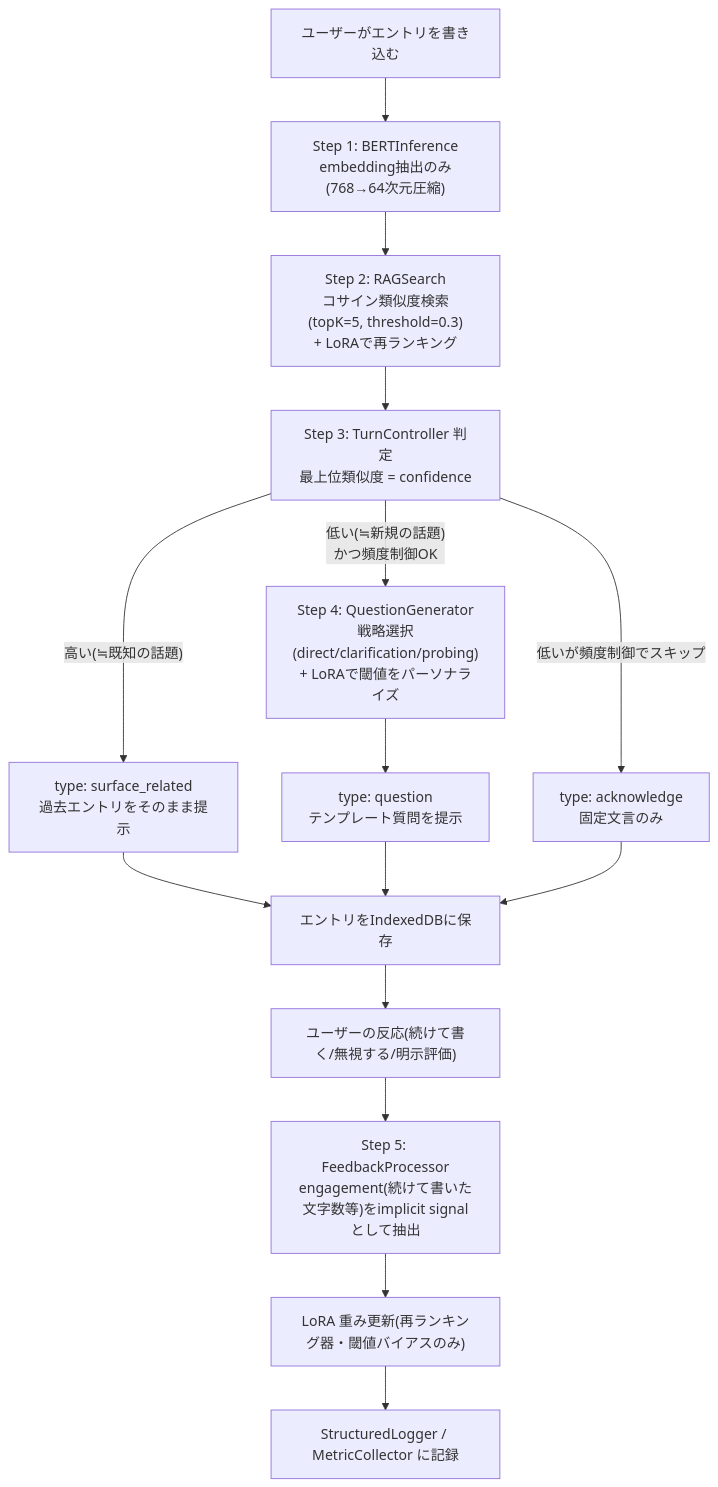
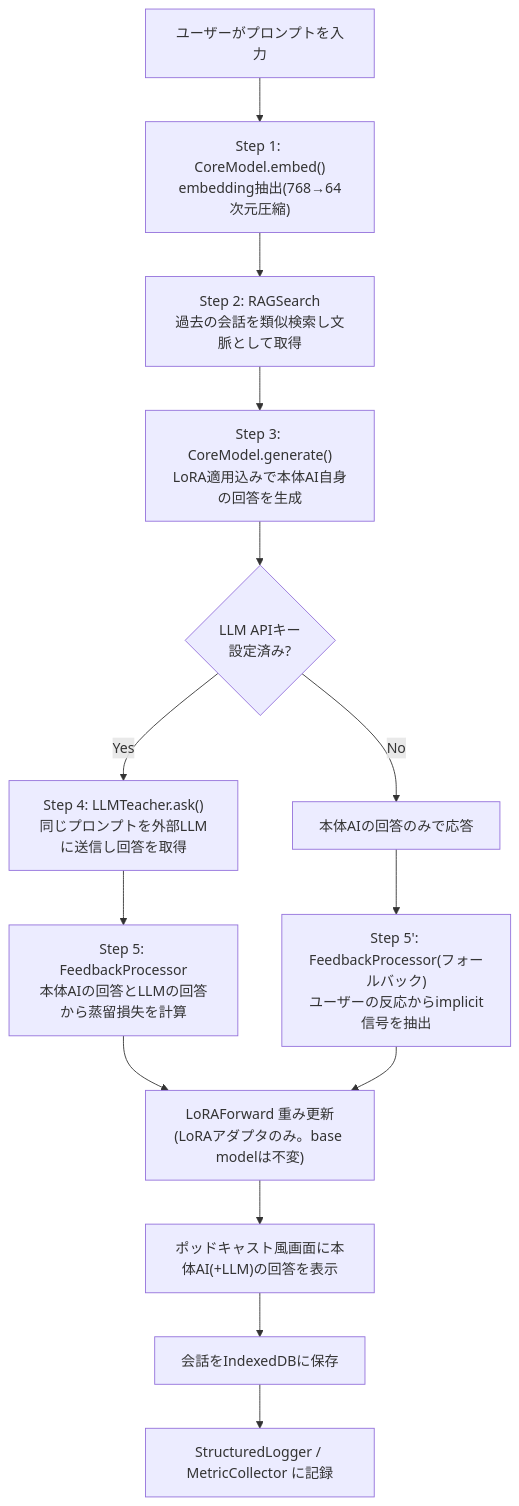
Before and after one commit to seisei001/test001: the diagram in docs/apps/smart-box/DESIGN.md, drawn with Mermaid. The commit also changed other lines of this file, not shown here.

````diff
--- a/docs/apps/smart-box/DESIGN.md
+++ b/docs/apps/smart-box/DESIGN.md
@@ -99,17 +92,16 @@
 ```mermaid
 flowchart TD
-    A[ユーザーがエントリを書き込む] --> B["Step 1: BERTInference<br/>embedding抽出のみ(768→64次元圧縮)"]
-    B --> C["Step 2: RAGSearch<br/>コサイン類似度検索(topK=5, threshold=0.3)<br/>+ LoRAで再ランキング"]
-    C --> D["Step 3: TurnController 判定<br/>最上位類似度 = confidence"]
-    D -- "高い(≒既知の話題)" --> E["type: surface_related<br/>過去エントリをそのまま提示"]
-    D -- "低い(≒新規の話題)<br/>かつ頻度制御OK" --> F["Step 4: QuestionGenerator<br/>戦略選択(direct/clarification/probing)<br/>+ LoRAで閾値をパーソナライズ"]
-    D -- "低いが頻度制御でスキップ" --> G["type: acknowledge<br/>固定文言のみ"]
-    F --> H["type: question<br/>テンプレート質問を提示"]
-    E --> I[エントリをIndexedDBに保存]
-    H --> I
-    G --> I
-    I --> J["ユーザーの反応(続けて書く/無視する/明示評価)"]
-    J --> K["Step 5: FeedbackProcessor<br/>engagement(続けて書いた文字数等)をimplicit signalとして抽出"]
-    K --> L["LoRA 重み更新(再ランキング器・閾値バイアスのみ)"]
-    L --> M["StructuredLogger / MetricCollector に記録"]
+    A[ユーザーがプロンプトを入力] --> B["Step 1: CoreModel.embed()<br/>embedding抽出(768→64次元圧縮)"]
+    B --> C["Step 2: RAGSearch<br/>過去の会話を類似検索し文脈として取得"]
+    C --> D["Step 3: CoreModel.generate()<br/>LoRA適用込みで本体AI自身の回答を生成"]
+    D --> E{LLM APIキー<br/>設定済み?}
+    E -- Yes --> F["Step 4: LLMTeacher.ask()<br/>同じプロンプトを外部LLMに送信し回答を取得"]
+    E -- No --> G[本体AIの回答のみで応答]
+    F --> H["Step 5: FeedbackProcessor<br/>本体AIの回答とLLMの回答から蒸留損失を計算"]
+    H --> I["LoRAForward 重み更新<br/>(LoRAアダプタのみ。base modelは不変)"]
+    G --> J["Step 5': FeedbackProcessor(フォールバック)<br/>ユーザーの反応からimplicit信号を抽出"]
+    J --> I
+    I --> K["ポッドキャスト風画面に本体AI(+LLM)の回答を表示"]
+    K --> L[会話をIndexedDBに保存]
+    L --> M[StructuredLogger / MetricCollector に記録]
 ```
````
